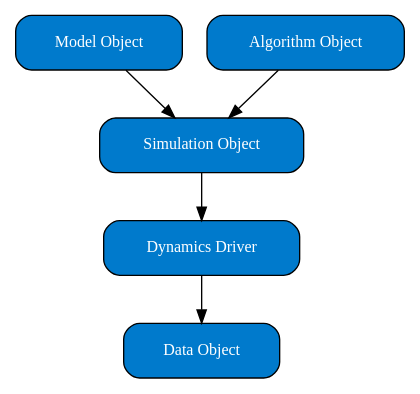
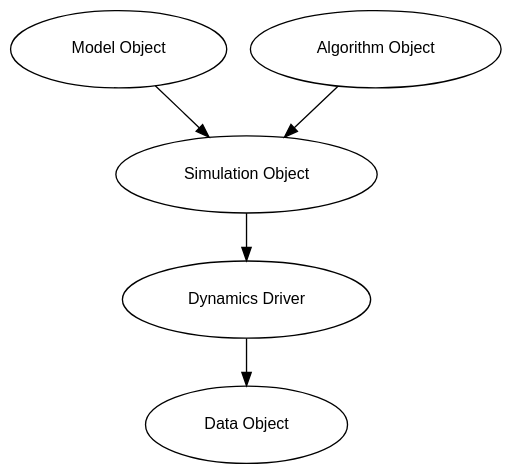
Before and after one commit to tempelaar-team/qclab-dev: the diagram in docs/interactive_docs/overview/overview.rst, drawn with Graphviz. The commit also changed 14 other files, not shown here.

```diff
--- a/docs/interactive_docs/overview/overview.rst
+++ b/docs/interactive_docs/overview/overview.rst
@@ -21,25 +21,23 @@
-    .. graphviz::
-        
-        digraph flow {
+   .. graphviz::
+
+      digraph flow {
         rankdir=TB;
-        
+        bgcolor="transparent";
+
         node [
-        shape=box
-        style="filled,rounded,shadow"
-        fillcolor="#007acc"      // primary blue
-        fontcolor=white
-        fontsize=12
-        margin="0.3,0.2"         // vertical, horizontal padding
+          fontsize=12
+          fontname="Helvetica, Arial, sans-serif"
+          margin="0.3,0.2"
         ];
 
-        sim     [label="Simulation Object", URL="../../user_guide/simulation.html"];
-        model  [label="Model Object", URL="../../user_guide/models/models.html"];
-        algo [label="Algorithm Object",     URL="../../user_guide/algorithms/algorithms.html"];
-        driver     [label="Dynamics Driver",        URL="../../user_guide/drivers/drivers.html"];
-        data [label="Data Object",    URL="../../user_guide/data_object.html"];
+        sim   [label="Simulation Object", URL="../../user_guide/simulation.html"];
+        model [label="Model Object",      URL="../../user_guide/models/models.html"];
+        algo  [label="Algorithm Object",  URL="../../user_guide/algorithms/algorithms.html"];
+        driver[label="Dynamics Driver",   URL="../../user_guide/drivers/drivers.html"];
+        data  [label="Data Object",       URL="../../user_guide/data_object.html"];
 
         model -> sim;
-        algo -> sim;
-        sim -> driver;
-        driver -> data;
-        }
+        algo  -> sim;
+        sim   -> driver;
+        driver-> data;
+      }
```
